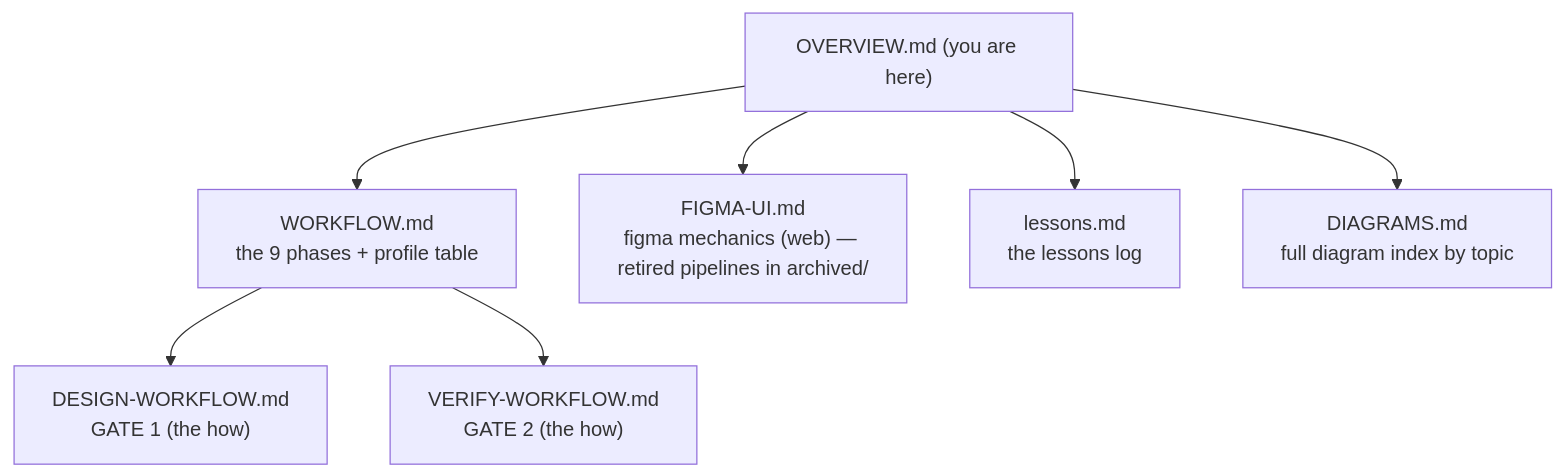
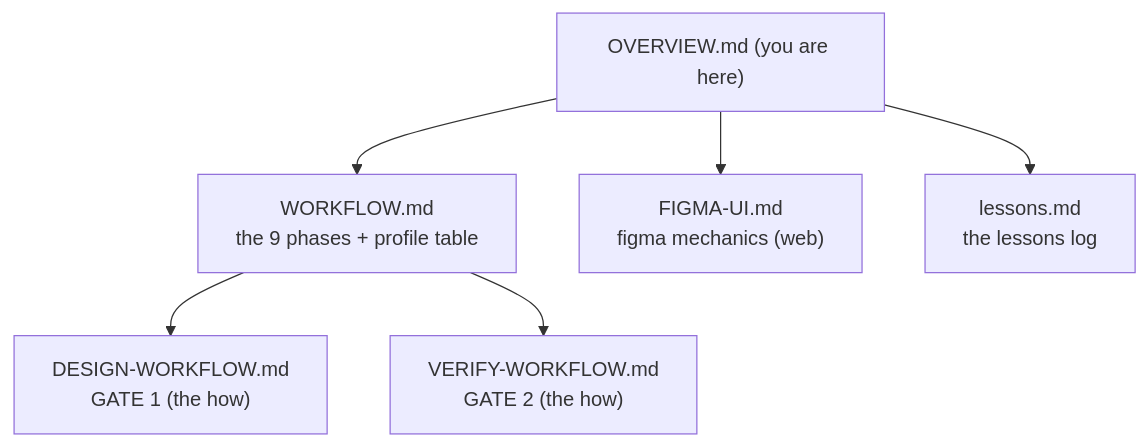
Diagram 15 of 15 in docs/OVERVIEW.md (HenriGeorge/AutoCue), drawn with Mermaid before and after one commit. The commit also changed other lines of this file and 5 other files, not shown here.

````diff
--- a/docs/OVERVIEW.md
+++ b/docs/OVERVIEW.md
@@ -313,10 +307,9 @@
 ```mermaid
 flowchart TD
     O["OVERVIEW.md (you are here)"]
     O --> WF["WORKFLOW.md<br/>the 9 phases + profile table"]
     WF --> DW["DESIGN-WORKFLOW.md<br/>GATE 1 (the how)"]
     WF --> VW["VERIFY-WORKFLOW.md<br/>GATE 2 (the how)"]
-    O --> FU["FIGMA-UI.md<br/>figma mechanics (web) — retired pipelines in archived/"]
+    O --> FU["FIGMA-UI.md<br/>figma mechanics (web)"]
     O --> LL["lessons.md<br/>the lessons log"]
-    O --> DG["DIAGRAMS.md<br/>full diagram index by topic"]
 ```
````
